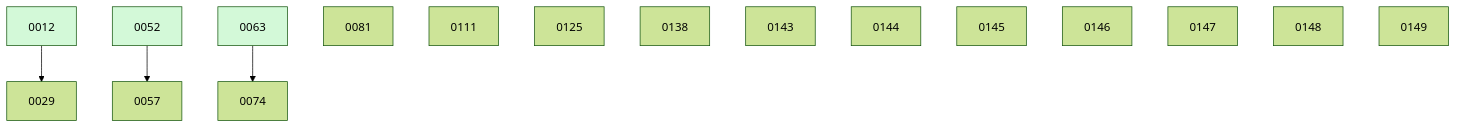
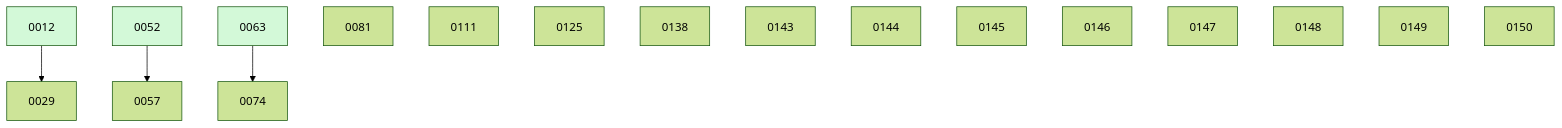
Before and after one commit to ethanhinson/fuse: the diagram in docs/changes/BOARD.md, drawn with Mermaid (forest theme). The commit also changed other lines of this file and 1 other file, not shown here.

````diff
--- a/docs/changes/BOARD.md
+++ b/docs/changes/BOARD.md
@@ -39,21 +40,22 @@
 ```mermaid
 graph TD
   0012 --> 0029
   0052 --> 0057
   0063 --> 0074
   0081
   0111
   0125
   0138
   0143
   0144
   0145
   0146
   0147
   0148
   0149
+  0150
   0012:::done
   0052:::done
   0063:::done
   classDef done fill:#d3f9d8;
 ```
````
